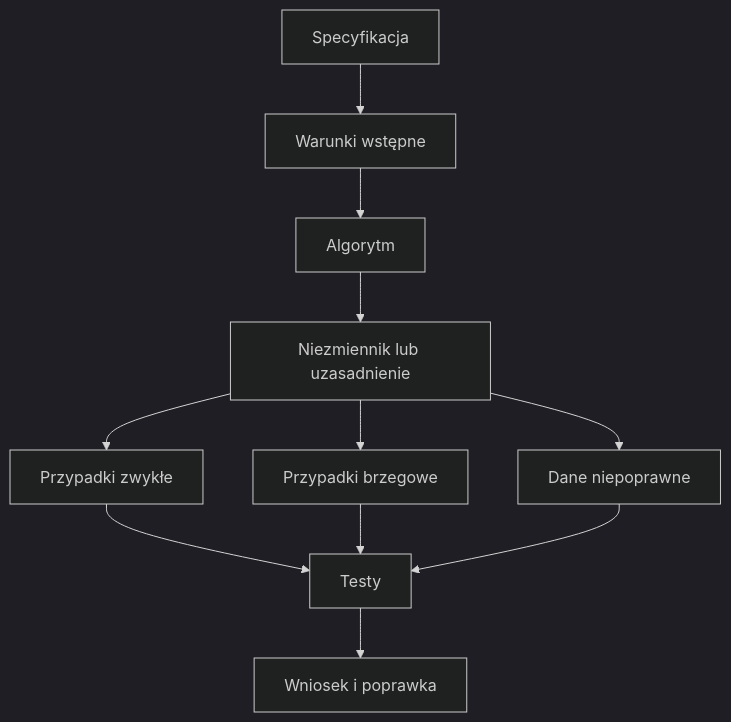
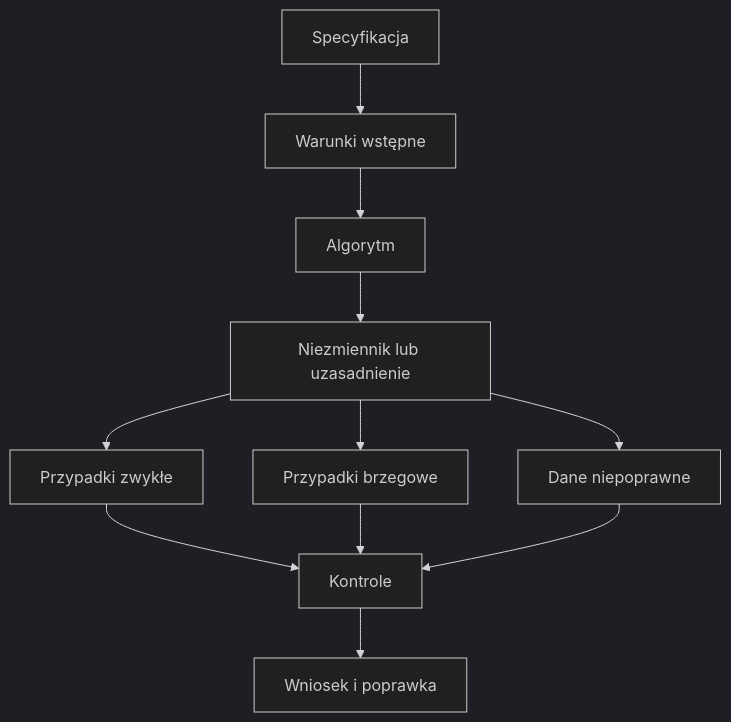
The first of 2 diagrams in src/01-organizacja/04-obliczenia-i-testy/README.md (tborzyszkowski/warsztat-programisty-pjatk), drawn with Mermaid (dark theme) before and after one commit. The commit also changed other lines of this file and 17 other files, not shown here.

````diff
--- a/src/01-organizacja/04-obliczenia-i-testy/README.md
+++ b/src/01-organizacja/04-obliczenia-i-testy/README.md
@@ -176,13 +129,13 @@
 ```mermaid
 flowchart TD
     A[Specyfikacja] --> B[Warunki wstępne]
     B --> C[Algorytm]
     C --> D[Niezmiennik lub uzasadnienie]
     D --> E[Przypadki zwykłe]
     D --> F[Przypadki brzegowe]
     D --> G[Dane niepoprawne]
-    E --> H[Testy]
+    E --> H[Kontrole]
     F --> H
     G --> H
     H --> I[Wniosek i poprawka]
 ```
````
